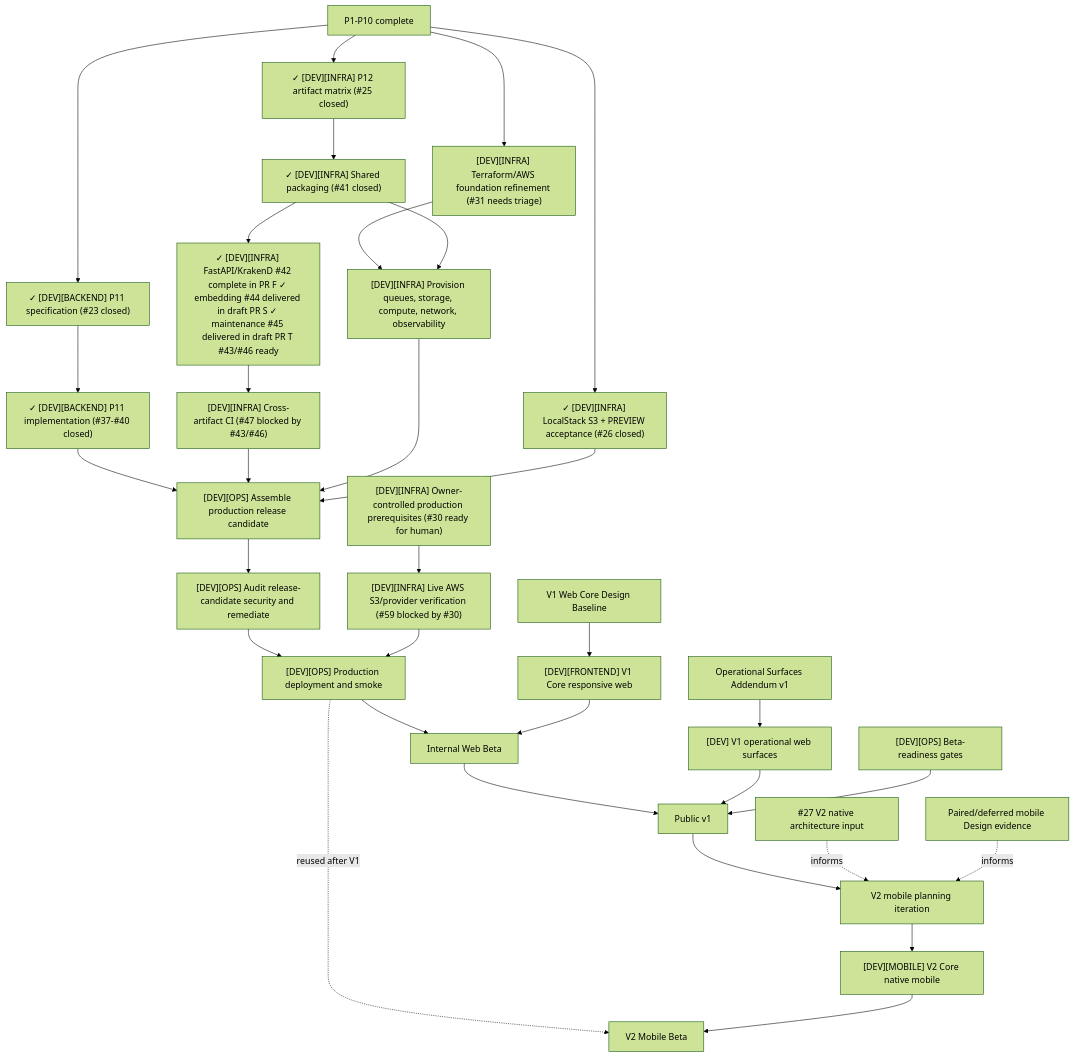
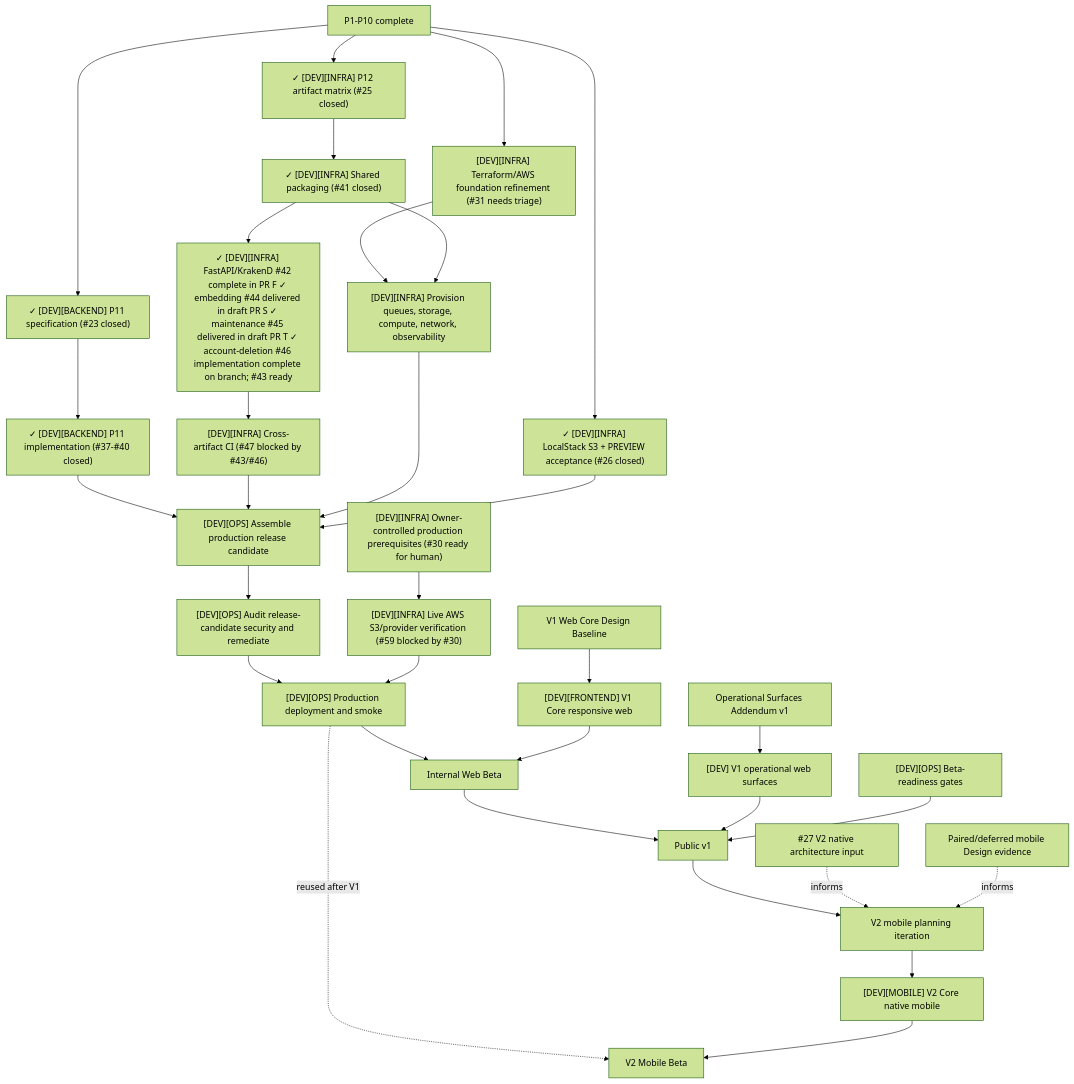
The diagram in docs/architecture/production-roadmap.md (starkovalera/recipe-manager), drawn with Mermaid (forest theme) before and after one commit. The commit also changed other lines of this file and 11 other files, not shown here.

Commit message:
feat(infra): add account-deletion Lambda artifact

````diff
--- a/docs/architecture/production-roadmap.md
+++ b/docs/architecture/production-roadmap.md
@@ -215,41 +215,41 @@
 ```mermaid
 flowchart TD
   p10["P1-P10 complete"]
   p10 --> p11Spec["✓ [DEV][BACKEND] P11 specification (#23 closed)"]
   p11Spec --> p11Implementation["✓ [DEV][BACKEND] P11 implementation (#37-#40 closed)"]
   p10 --> p12Spec["✓ [DEV][INFRA] P12 artifact matrix (#25 closed)"]
   p12Spec --> p12Shared["✓ [DEV][INFRA] Shared packaging (#41 closed)"]
-  p12Shared --> p12Artifacts["✓ [DEV][INFRA] FastAPI/KrakenD #42 complete in PR #70; ✓ embedding #44 delivered in draft PR #83; ✓ maintenance #45 delivered in draft PR #84; #43/#46 ready"]
+  p12Shared --> p12Artifacts["✓ [DEV][INFRA] FastAPI/KrakenD #42 complete in PR #70; ✓ embedding #44 delivered in draft PR #83; ✓ maintenance #45 delivered in draft PR #84; ✓ account-deletion #46 implementation complete on branch; #43 ready"]
   p12Artifacts --> p12Ci["[DEV][INFRA] Cross-artifact CI (#47 blocked by #43/#46)"]
   p10 --> localstack["✓ [DEV][INFRA] LocalStack S3 + PREVIEW acceptance (#26 closed)"]
   p10 --> tfFoundation["[DEV][INFRA] Terraform/AWS foundation refinement (#31 needs triage)"]
   ownerInputs["[DEV][INFRA] Owner-controlled production prerequisites (#30 ready for human)"]
   ownerInputs --> liveAws["[DEV][INFRA] Live AWS S3/provider verification (#59 blocked by #30)"]
 
   tfFoundation --> cloudResources["[DEV][INFRA] Provision queues, storage, compute, network, observability"]
   p12Shared --> cloudResources
 
   p11Implementation --> releaseCandidate["[DEV][OPS] Assemble production release candidate"]
   p12Ci --> releaseCandidate
   cloudResources --> releaseCandidate
   localstack --> releaseCandidate
   releaseCandidate --> security["[DEV][OPS] Audit release-candidate security and remediate"]
   security --> technicalProd["[DEV][OPS] Production deployment and smoke"]
   liveAws --> technicalProd
 
   designCore["V1 Web Core Design Baseline"] --> web["[DEV][FRONTEND] V1 Core responsive web"]
   technicalProd --> webBeta["Internal Web Beta"]
   web --> webBeta
 
   designOps["Operational Surfaces Addendum v1"] --> operationalClients["[DEV] V1 operational web surfaces"]
   webBeta --> publicV1["Public v1"]
   operationalClients --> publicV1
   beta["[DEV][OPS] Beta-readiness gates"] --> publicV1
 
   publicV1 --> v2Planning["V2 mobile planning iteration"]
   mobileResearch["#27 V2 native architecture input"] -. informs .-> v2Planning
   pairedDesign["Paired/deferred mobile Design evidence"] -. informs .-> v2Planning
   v2Planning --> mobile["[DEV][MOBILE] V2 Core native mobile"]
   technicalProd -. reused after V1 .-> mobileBeta["V2 Mobile Beta"]
   mobile --> mobileBeta
 ```
````
